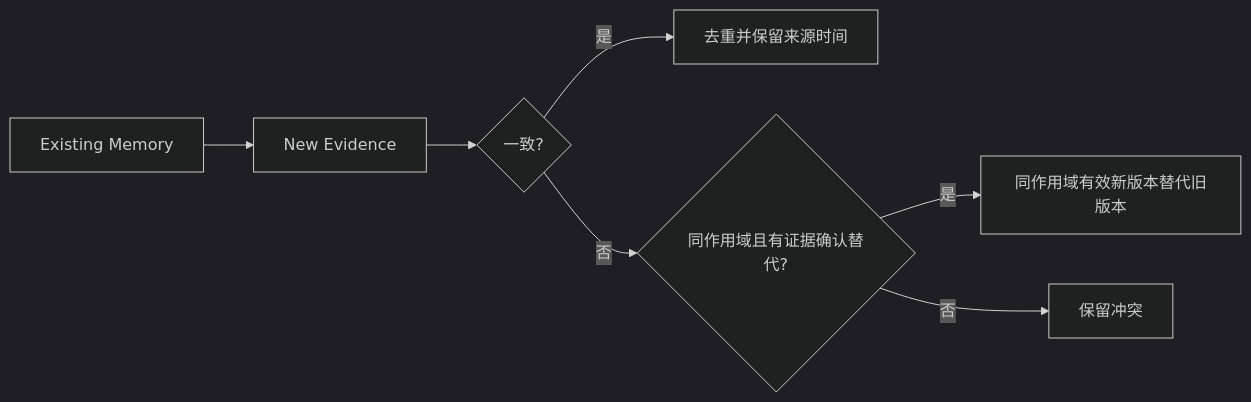
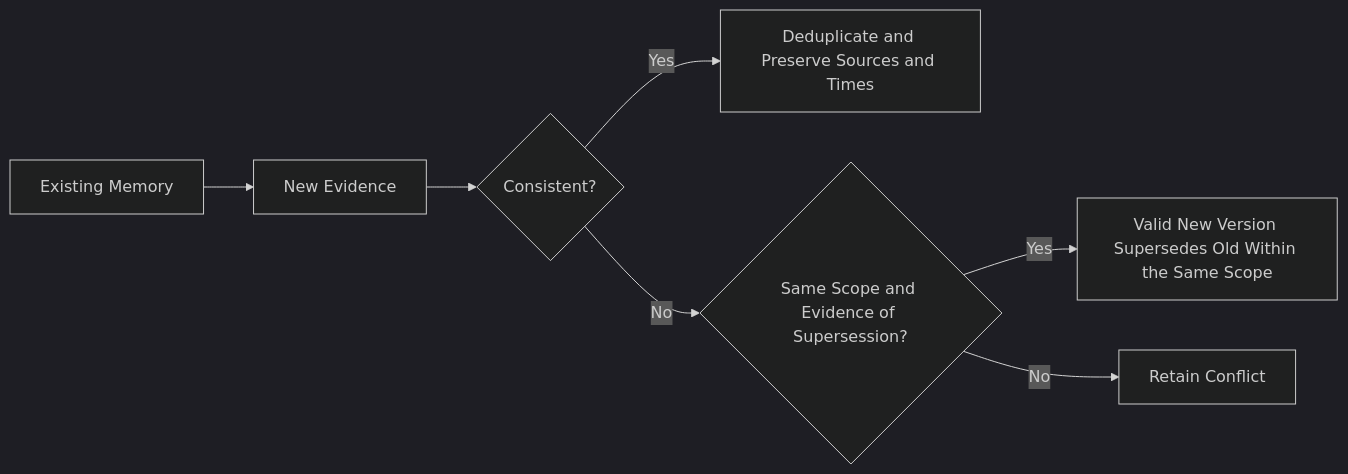
Before and after one commit to oneleaveknowsthefall/awesome-ai-roadmap: diagram 13 of 15 in docs/agent/03-memory-context/08-agent-memory-implementation.md, drawn with Mermaid (dark theme). The commit also changed other lines of this file and 68 other files, not shown here.

````diff
--- a/docs/agent/03-memory-context/08-agent-memory-implementation.md
+++ b/docs/agent/03-memory-context/08-agent-memory-implementation.md
@@ -862,9 +862,9 @@
 ```mermaid
 flowchart LR
     OLD[Existing Memory] --> NEW[New Evidence]
-    NEW --> C{一致?}
-    C -->|是| MERGE[去重并保留来源时间]
-    C -->|否| AUTH{同作用域且有证据确认替代?}
-    AUTH -->|是| SUPERSEDE[同作用域有效新版本替代旧版本]
-    AUTH -->|否| CONFLICT[保留冲突]
+    NEW --> C{Consistent?}
+    C -->|Yes| MERGE[Deduplicate and Preserve Sources and Times]
+    C -->|No| AUTH{Same Scope and Evidence of Supersession?}
+    AUTH -->|Yes| SUPERSEDE[Valid New Version Supersedes Old Within the Same Scope]
+    AUTH -->|No| CONFLICT[Retain Conflict]
 ```
````
